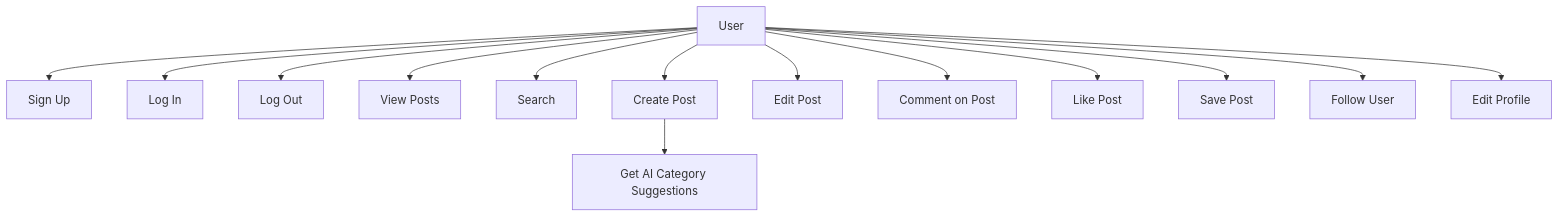
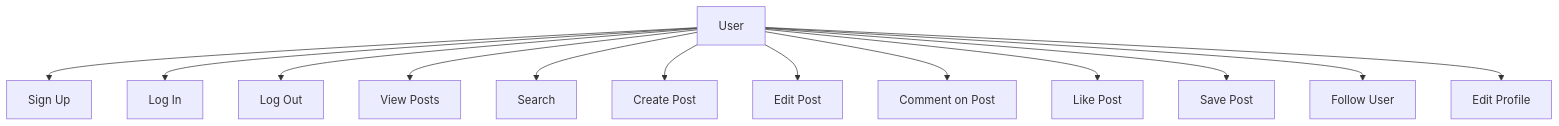
The first of 4 diagrams in src/app/UML.md (shivamghaware/BlogIn), drawn with Mermaid before and after one commit. The commit also changed other lines of this file and 3 other files, not shown here.

````diff
--- a/src/app/UML.md
+++ b/src/app/UML.md
@@ -9,16 +9,15 @@
 ```mermaid
 graph TD
     User --> SignUp[Sign Up]
     User --> LogIn[Log In]
     User --> LogOut[Log Out]
     User --> ViewPosts[View Posts]
     User --> Search
     User --> CreatePost[Create Post]
     User --> EditPost[Edit Post]
     User --> CommentOnPost[Comment on Post]
     User --> LikePost[Like Post]
     User --> SavePost[Save Post]
     User --> FollowUser[Follow User]
     User --> EditProfile[Edit Profile]
-    CreatePost --> GetAICategorySuggestions[Get AI Category Suggestions]
 ```
````
